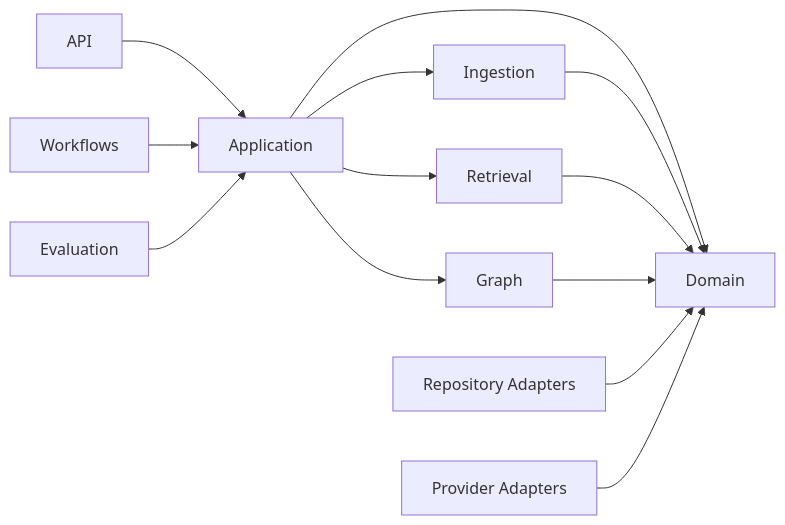
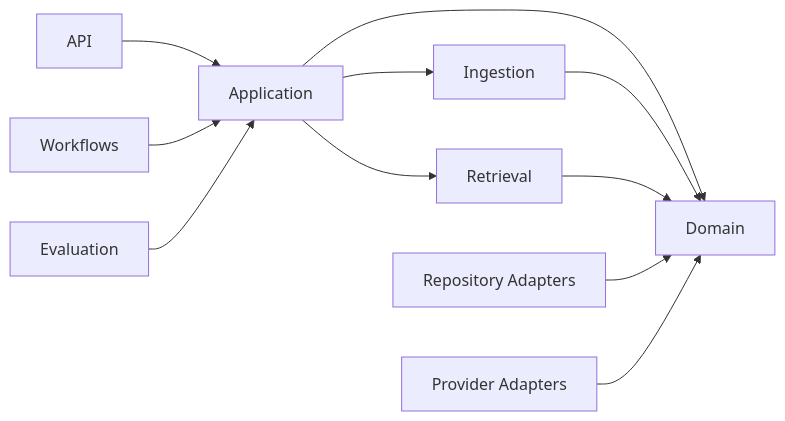
One commit to bhageerathi02/mem0 changed the second of 6 diagrams in docs/ARCHITECTURE.md. Above: the diagram before and after it, drawn with Mermaid. The commit also changed other lines of this file and 3 other files, not shown here.

Commit message:
removed the graph implementation

````diff
--- a/docs/ARCHITECTURE.md
+++ b/docs/ARCHITECTURE.md
@@ -177,15 +168,13 @@
 ```mermaid
 flowchart LR
     api["API"] --> application["Application"]
     workflows["Workflows"] --> application
     evaluation["Evaluation"] --> application
     application --> domain["Domain"]
     application --> ingestion["Ingestion"]
     application --> retrieval["Retrieval"]
-    application --> graphMemory["Graph"]
     ingestion --> domain
     retrieval --> domain
-    graphMemory --> domain
     repositories["Repository Adapters"] --> domain
     providers["Provider Adapters"] --> domain
 ```
````
